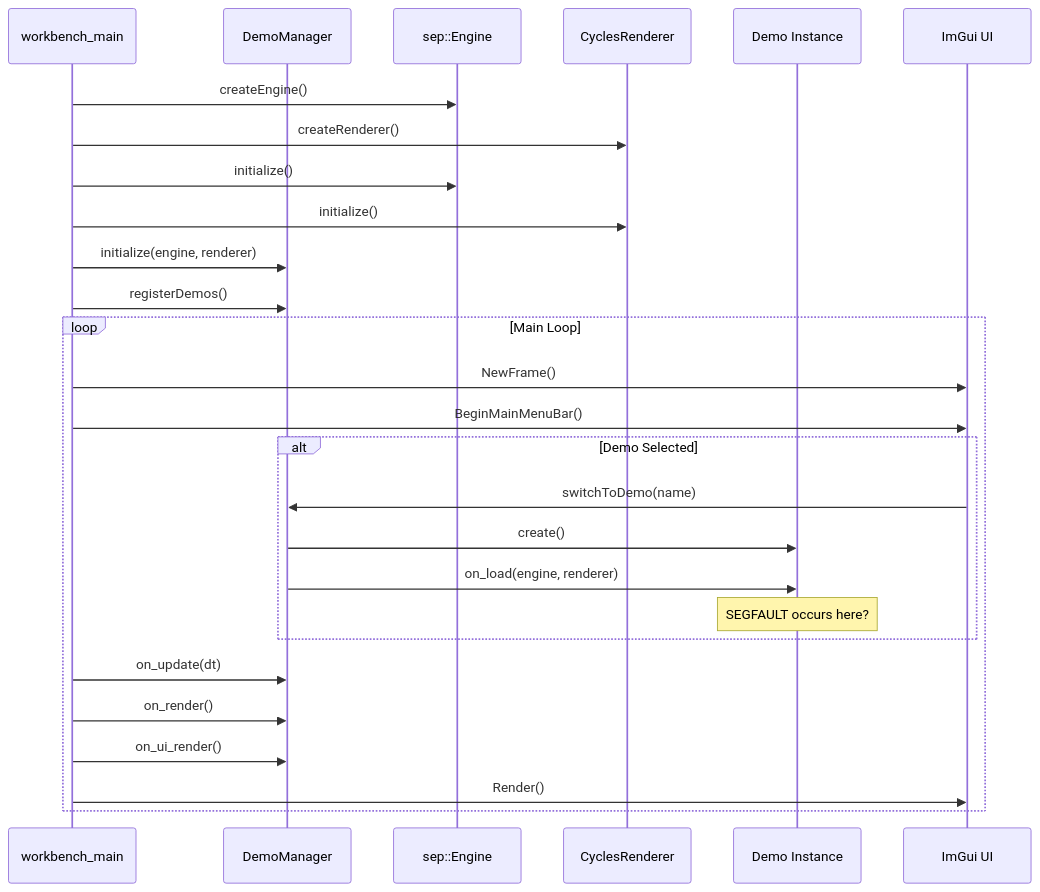
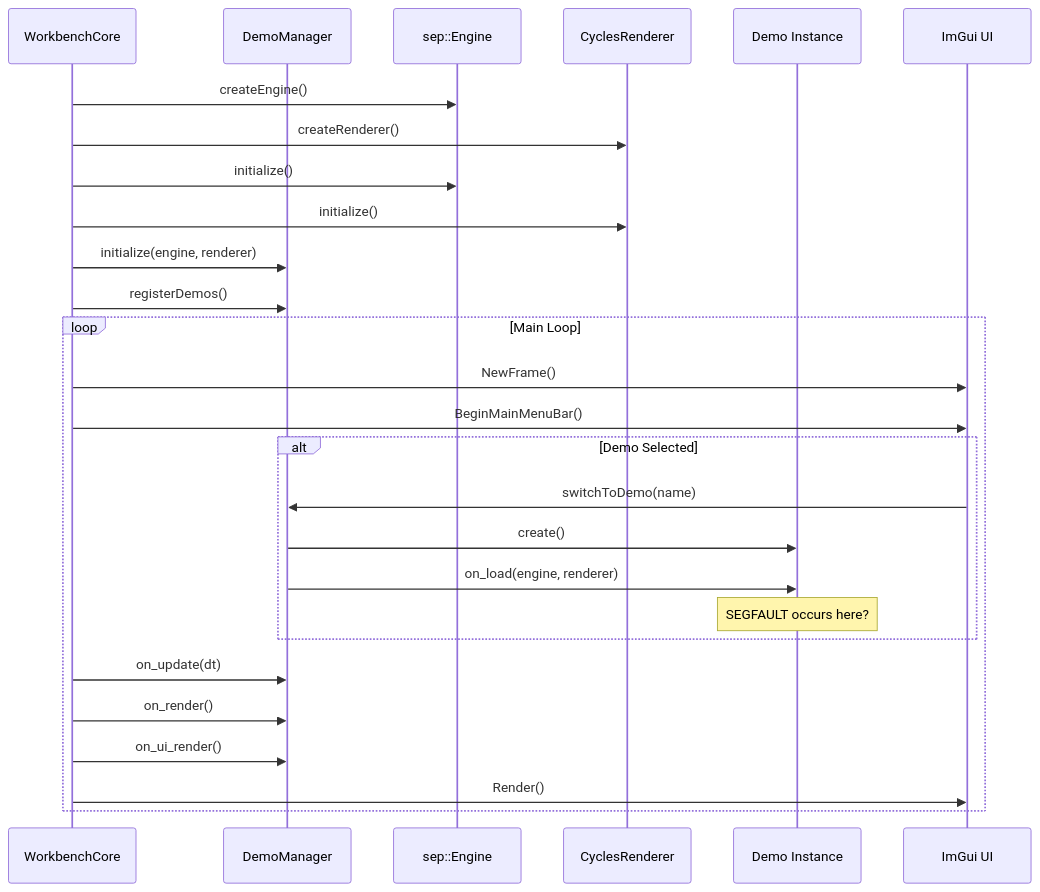
Before and after one commit to SepDynamics/sep: the eighth of 9 diagrams in docs/STRUCTURE.md, drawn with Mermaid. The commit also changed other lines of this file and 10 other files, not shown here.

````diff
--- a/docs/STRUCTURE.md
+++ b/docs/STRUCTURE.md
@@ -337,33 +320,33 @@
 ```mermaid
 sequenceDiagram
-    participant Main as workbench_main
+    participant Main as WorkbenchCore
     participant DM as DemoManager
     participant Engine as sep::Engine
     participant Renderer as CyclesRenderer
     participant Demo as Demo Instance
     participant ImGui as ImGui UI
 
     Main->>Engine: createEngine()
     Main->>Renderer: createRenderer()
     Main->>Engine: initialize()
     Main->>Renderer: initialize()
     Main->>DM: initialize(engine, renderer)
     Main->>DM: registerDemos()
     
     loop Main Loop
         Main->>ImGui: NewFrame()
         Main->>ImGui: BeginMainMenuBar()
         
         alt Demo Selected
             ImGui->>DM: switchToDemo(name)
             DM->>Demo: create()
             DM->>Demo: on_load(engine, renderer)
             Note over Demo: SEGFAULT occurs here?
         end
         
         Main->>DM: on_update(dt)
         Main->>DM: on_render()
         Main->>DM: on_ui_render()
         Main->>ImGui: Render()
     end
 ```
````
